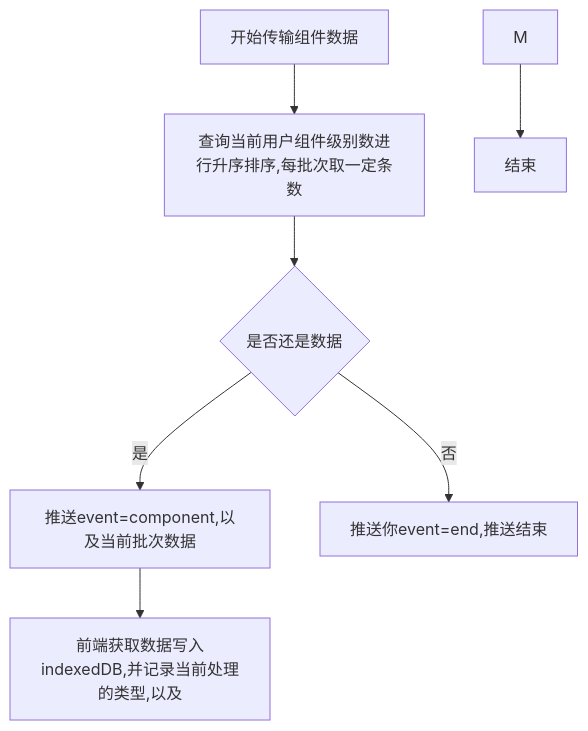
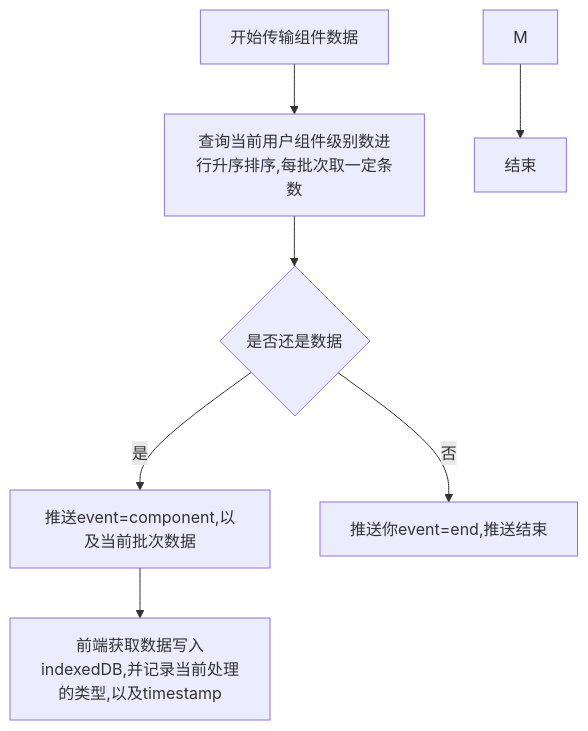
The diagram in all/未命名-59.md (yingjianzh/iodraw-files), drawn with Mermaid before and after one commit.

Commit message:
2025-05-14 15:26:37 update

````diff
--- a/all/未命名-59.md
+++ b/all/未命名-59.md
@@ -1,12 +1,12 @@
 ```mermaid
 flowchart TD
     A[开始传输组件数据] --> B[查询当前用户组件级别数进行升序排序,每批次取一定条数]
     B --> C{是否还是数据}
     C --> |是| D[推送event=component,以及当前批次数据]
     C --> |否| E[推送你event=end,推送结束]
 
-    D --> F[前端获取数据写入indexedDB,并记录当前处理的类型,以及]
+    D --> F[前端获取数据写入indexedDB,并记录当前处理的类型,以及timestamp]
     
    
     M --> N[结束]
 ```
````
